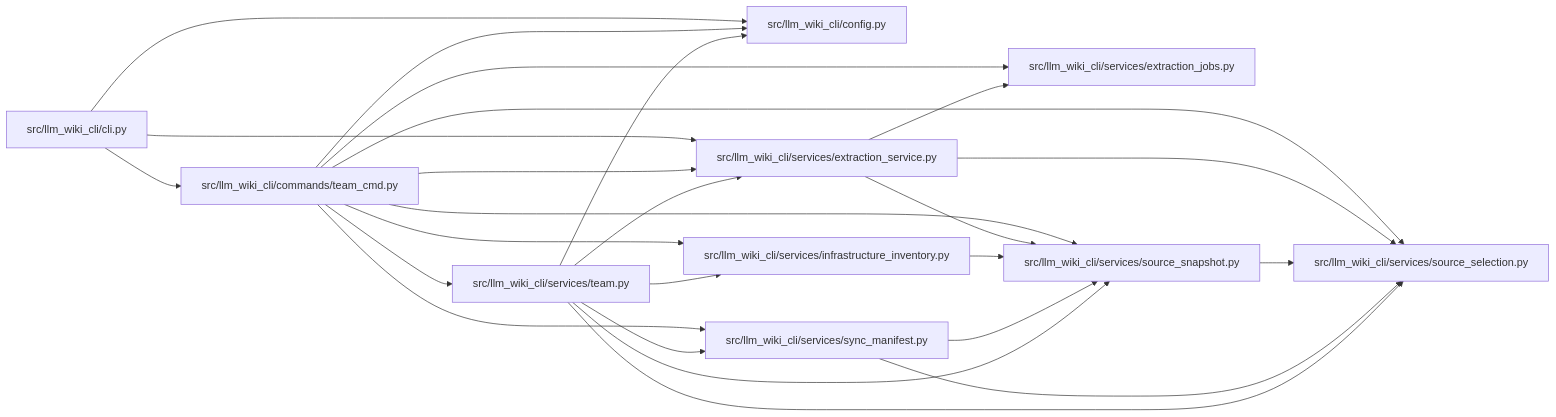
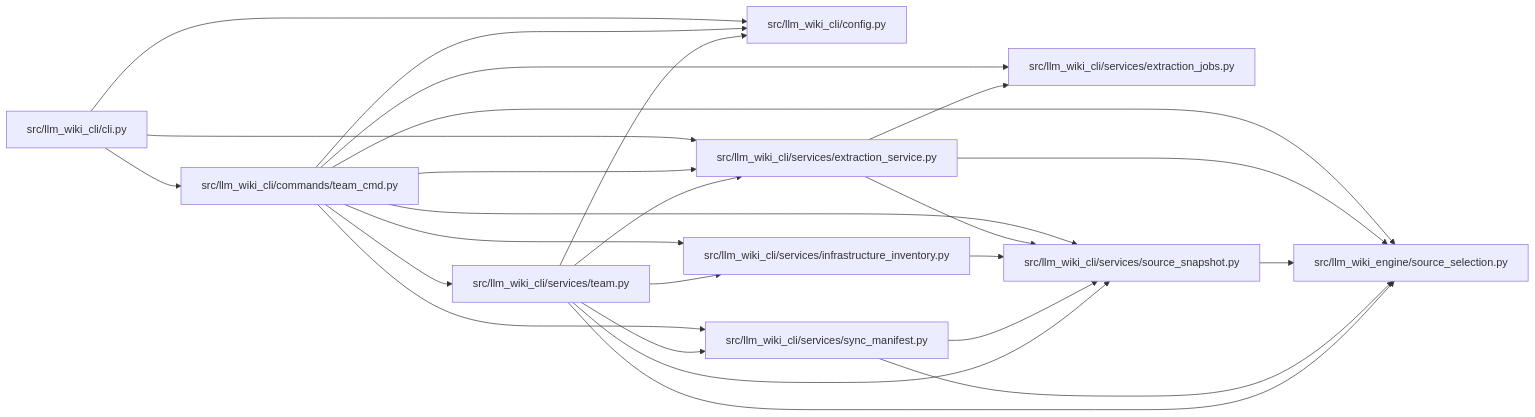
The diagram in docs/llm_wiki/modules/team_cmd.md (Denissvgn/python-wiki-llm), drawn with Mermaid before and after one commit. The commit also changed other lines of this file and 739 other files, not shown here.

First line of the commit message:
docs: refresh the wiki for the second engine batch

````diff
--- a/docs/llm_wiki/modules/team_cmd.md
+++ b/docs/llm_wiki/modules/team_cmd.md
@@ -29,47 +29,47 @@
 ```mermaid
 flowchart LR
     n0["src/llm_wiki_cli/cli.py"]
     n1["src/llm_wiki_cli/commands/team_cmd.py"]
     n2["src/llm_wiki_cli/config.py"]
     n3["src/llm_wiki_cli/services/extraction_jobs.py"]
     n4["src/llm_wiki_cli/services/extraction_service.py"]
     n5["src/llm_wiki_cli/services/infrastructure_inventory.py"]
-    n6["src/llm_wiki_cli/services/source_selection.py"]
-    n7["src/llm_wiki_cli/services/source_snapshot.py"]
-    n8["src/llm_wiki_cli/services/sync_manifest.py"]
-    n9["src/llm_wiki_cli/services/team.py"]
+    n6["src/llm_wiki_cli/services/source_snapshot.py"]
+    n7["src/llm_wiki_cli/services/sync_manifest.py"]
+    n8["src/llm_wiki_cli/services/team.py"]
+    n9["src/llm_wiki_engine/source_selection.py"]
     n0 --> n1
     n0 --> n2
     n0 --> n4
     n1 --> n2
     n1 --> n3
     n1 --> n4
     n1 --> n5
     n1 --> n6
     n1 --> n7
     n1 --> n8
     n1 --> n9
     n4 --> n3
     n4 --> n6
-    n4 --> n7
-    n5 --> n7
+    n4 --> n9
+    n5 --> n6
+    n6 --> n9
     n7 --> n6
+    n7 --> n9
+    n8 --> n2
+    n8 --> n4
+    n8 --> n5
     n8 --> n6
     n8 --> n7
-    n9 --> n2
-    n9 --> n4
-    n9 --> n5
-    n9 --> n6
-    n9 --> n7
-    n9 --> n8
+    n8 --> n9
     click n0 "../modules/cli.md"
     click n1 "../modules/team_cmd.md"
     click n2 "../modules/config.md"
     click n3 "../modules/extraction_jobs.md"
     click n4 "../modules/extraction_service.md"
     click n5 "../modules/infrastructure_inventory.md"
-    click n6 "../modules/source_selection.md"
-    click n7 "../modules/source_snapshot.md"
-    click n8 "../modules/sync_manifest.md"
-    click n9 "../modules/team.md"
+    click n6 "../modules/source_snapshot.md"
+    click n7 "../modules/sync_manifest.md"
+    click n8 "../modules/team.md"
+    click n9 "../modules/source_selection.md"
 ```
````
